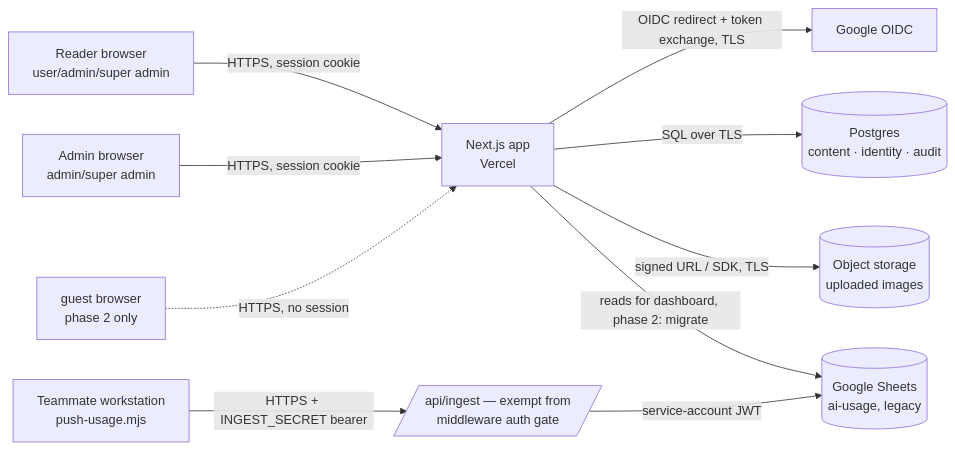
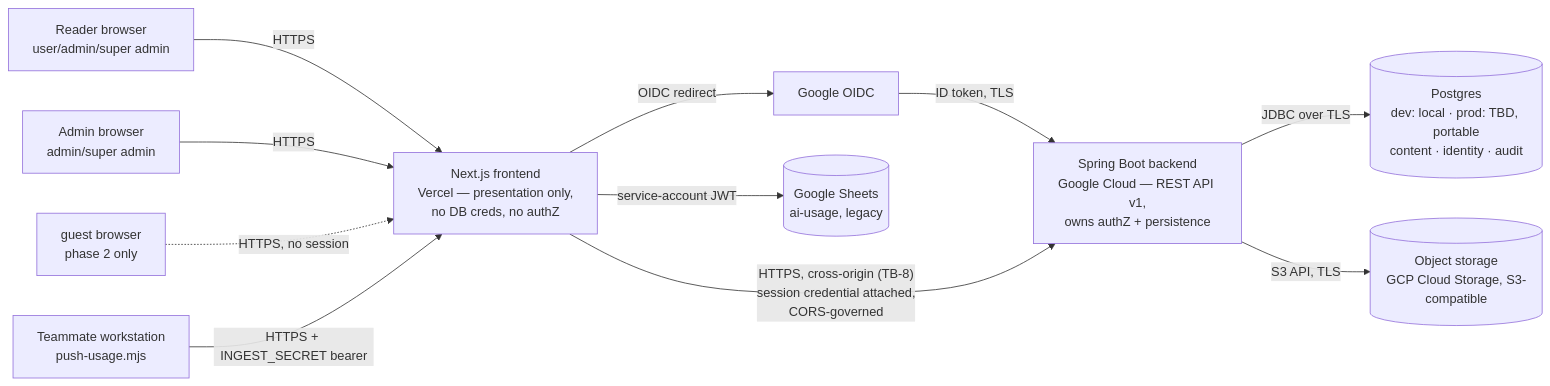
One commit to Oudompanha123/coc-docs-platform-renewal changed the diagram in docs/design/threat-model.md. Above: the diagram before and after it, drawn with Mermaid. The commit also changed other lines of this file and 14 other files, not shown here.

````diff
--- a/docs/design/threat-model.md
+++ b/docs/design/threat-model.md
@@ -51,12 +77,13 @@
 ```mermaid
 flowchart LR
-  reader[Reader browser<br/>user/admin/super admin] -->|HTTPS, session cookie| app[Next.js app<br/>Vercel]
-  editor[Admin browser<br/>admin/super admin] -->|HTTPS, session cookie| app
-  guest[guest browser<br/>phase 2 only] -.->|HTTPS, no session| app
-  app -->|OIDC redirect + token exchange, TLS| google[Google OIDC]
-  app -->|SQL over TLS| db[(Postgres<br/>content · identity · audit)]
-  app -->|signed URL / SDK, TLS| storage[(Object storage<br/>uploaded images)]
-  ingest[Teammate workstation<br/>push-usage.mjs] -->|HTTPS + INGEST_SECRET bearer| ingestApi[/api/ingest — exempt from<br/>middleware auth gate/]
-  ingestApi -->|service-account JWT| sheets[(Google Sheets<br/>ai-usage, legacy)]
-  app -->|reads for dashboard, phase 2: migrate| sheets
+  reader[Reader browser<br/>user/admin/super admin] -->|HTTPS| fe[Next.js frontend<br/>Vercel — presentation only,<br/>no DB creds, no authZ]
+  editor[Admin browser<br/>admin/super admin] -->|HTTPS| fe
+  guest[guest browser<br/>phase 2 only] -.->|HTTPS, no session| fe
+  fe -->|OIDC redirect| google[Google OIDC]
+  google -->|ID token, TLS| be
+  fe -->|"HTTPS, cross-origin (TB-8)<br/>session credential attached,<br/>CORS-governed"| be[Spring Boot backend<br/>Google Cloud — REST API v1,<br/>owns authZ + persistence]
+  be -->|JDBC over TLS| db[(Postgres<br/>dev: local · prod: TBD, portable<br/>content · identity · audit)]
+  be -->|S3 API, TLS| storage[(Object storage<br/>GCP Cloud Storage, S3-compatible)]
+  ingest[Teammate workstation<br/>push-usage.mjs] -->|HTTPS + INGEST_SECRET bearer| fe
+  fe -->|service-account JWT| sheets[(Google Sheets<br/>ai-usage, legacy)]
 ```
````
